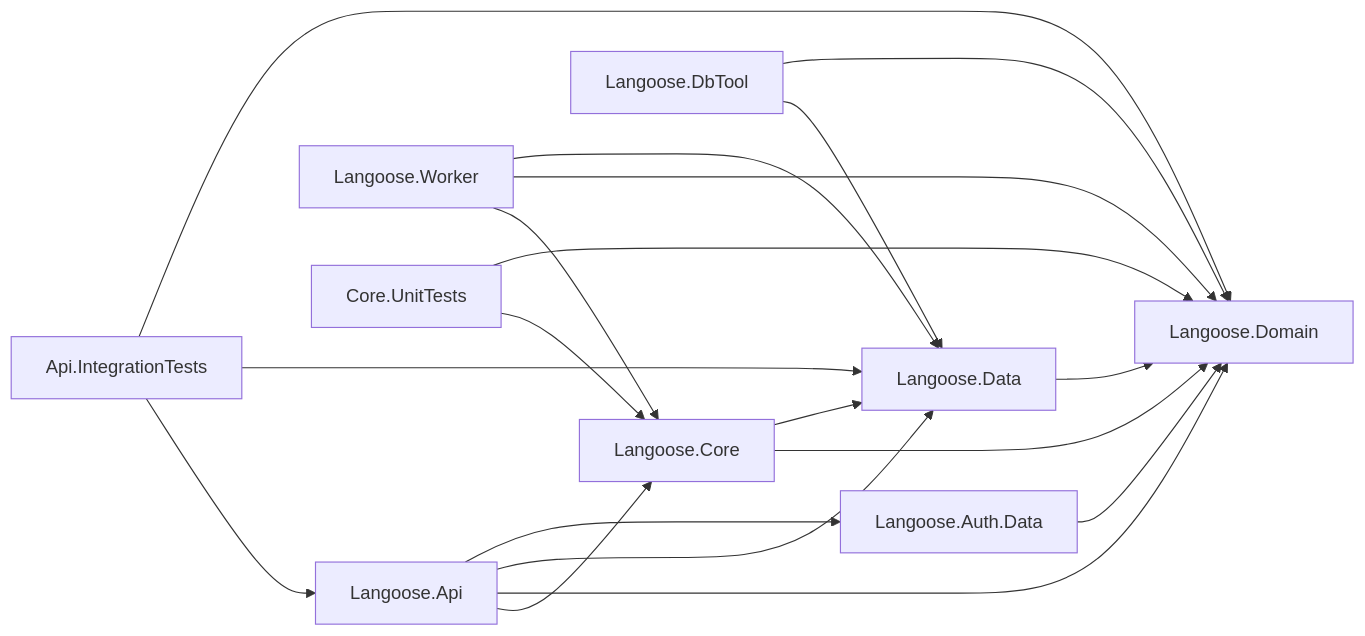
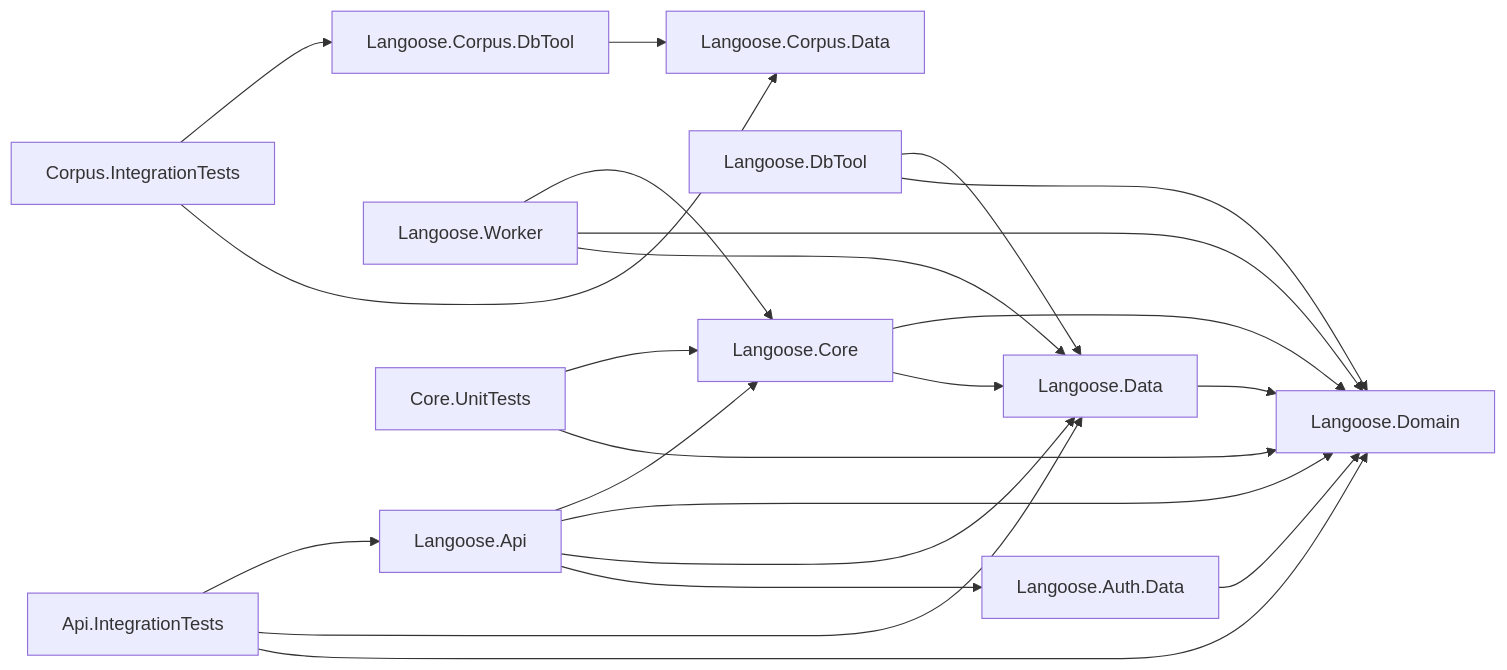
One commit to altav1sta/langoose changed the diagram in docs/agent/architecture.md. Above: the diagram before and after it, drawn with Mermaid. The commit also changed other lines of this file and 54 other files, not shown here.

````diff
--- a/docs/agent/architecture.md
+++ b/docs/agent/architecture.md
@@ -8,21 +8,25 @@
 ```mermaid
 flowchart LR
   Api["Langoose.Api"] --> Core["Langoose.Core"]
   Api --> Domain["Langoose.Domain"]
   Api --> Data["Langoose.Data"]
   Api --> AuthData["Langoose.Auth.Data"]
   Worker["Langoose.Worker"] --> Core
   Worker --> Domain
   Worker --> Data
   Core --> Domain
   Core --> Data
   Data --> Domain
   AuthData --> Domain
   DbTool["Langoose.DbTool"] --> Data
   DbTool --> Domain
+  CorpusData["Langoose.Corpus.Data"]
+  CorpusDbTool["Langoose.Corpus.DbTool"] --> CorpusData
   UnitTests["Core.UnitTests"] --> Core
   UnitTests --> Domain
   IntTests["Api.IntegrationTests"] --> Api
   IntTests --> Data
   IntTests --> Domain
+  CorpusIntTests["Corpus.IntegrationTests"] --> CorpusDbTool
+  CorpusIntTests --> CorpusData
 ```
````
